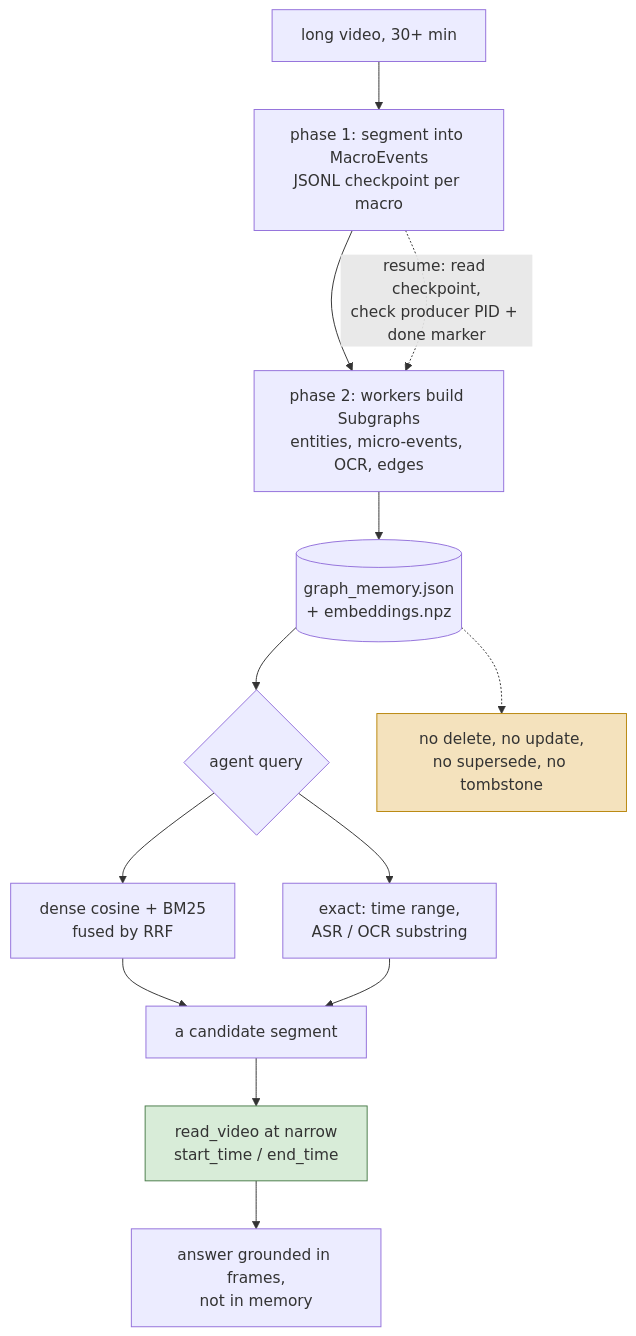
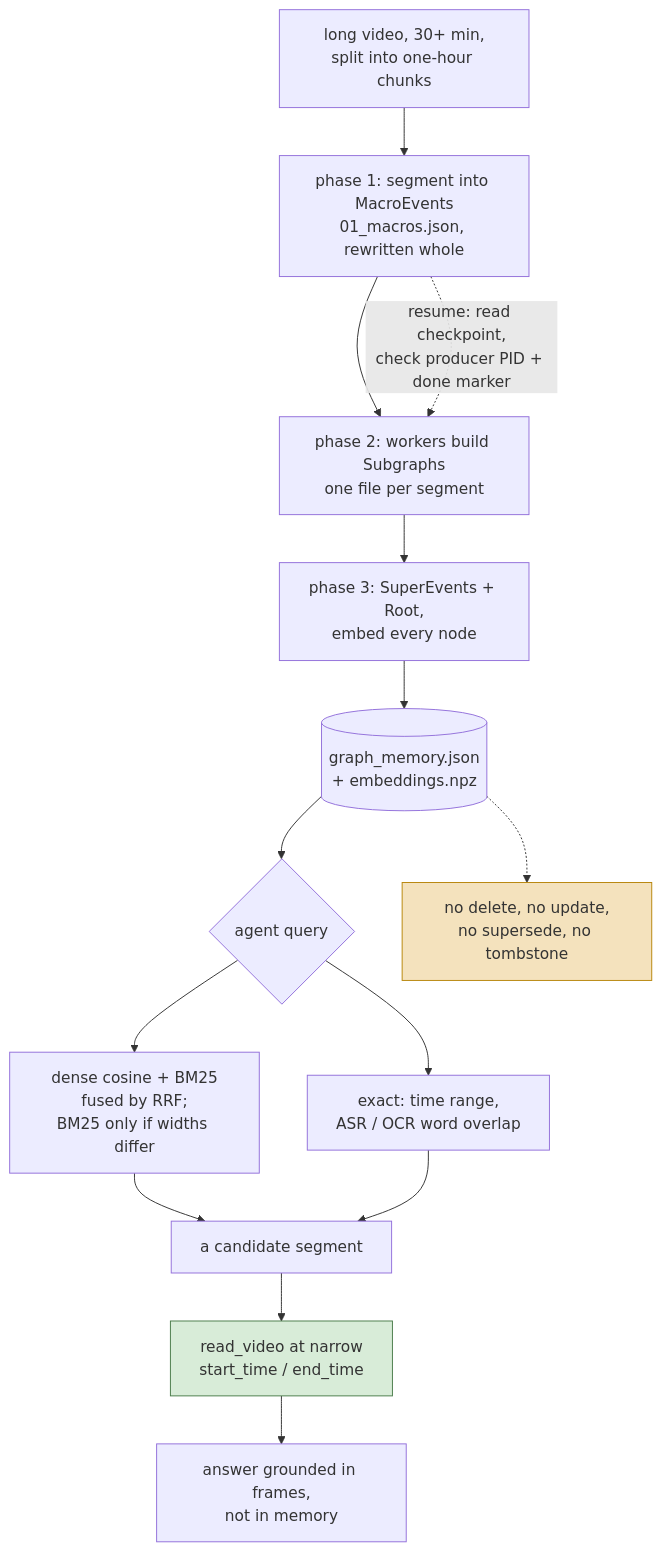
Before and after one commit to neoneye/agent-memory-atlas: the diagram in content/systems/qwen-mm-plugins.md, drawn with Mermaid. The commit also changed other lines of this file and 23 other files, not shown here.

````diff
--- a/content/systems/qwen-mm-plugins.md
+++ b/content/systems/qwen-mm-plugins.md
@@ -123,21 +144,22 @@
 ```mermaid
 %% caption: retrieval selects a narrow time range and the answer is grounded by re-reading the video frames rather than by the graph, which has no delete, update, supersede or tombstone
 flowchart TB
-    V["long video, 30+ min"] --> P1["phase 1: segment into MacroEvents<br/>JSONL checkpoint per macro"]
-    P1 --> P2["phase 2: workers build Subgraphs<br/>entities, micro-events, OCR, edges"]
-    P2 --> G[("graph_memory.json<br/>+ embeddings.npz")]
+    V["long video, 30+ min,<br/>split into one-hour chunks"] --> P1["phase 1: segment into MacroEvents<br/>01_macros.json, rewritten whole"]
+    P1 --> P2["phase 2: workers build Subgraphs<br/>one file per segment"]
+    P2 --> P3["phase 3: SuperEvents + Root,<br/>embed every node"]
+    P3 --> G[("graph_memory.json<br/>+ embeddings.npz")]
     P1 -. "resume: read checkpoint,<br/>check producer PID + done marker" .-> P2
 
     G --> Q{"agent query"}
-    Q --> HY["dense cosine + BM25<br/>fused by RRF"]
-    Q --> EX["exact: time range,<br/>ASR / OCR substring"]
+    Q --> HY["dense cosine + BM25<br/>fused by RRF;<br/>BM25 only if widths differ"]
+    Q --> EX["exact: time range,<br/>ASR / OCR word overlap"]
     HY --> SEG["a candidate segment"]
     EX --> SEG
     SEG --> RV["read_video at narrow<br/>start_time / end_time"]
     RV --> ANS["answer grounded in frames,<br/>not in memory"]
 
     G -.-> NC["no delete, no update,<br/>no supersede, no tombstone"]
 
     style NC fill:#f4e2bd,stroke:#b8860b
     style RV fill:#d8ecd8,stroke:#4a7c4a
 ```
````
